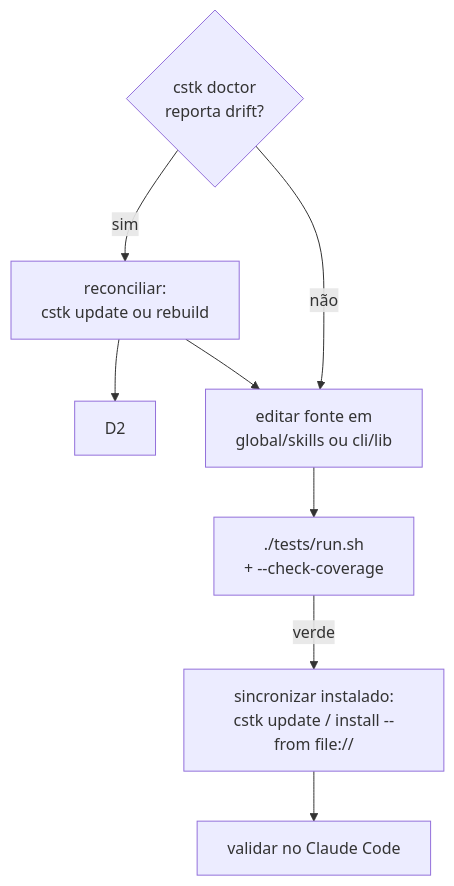
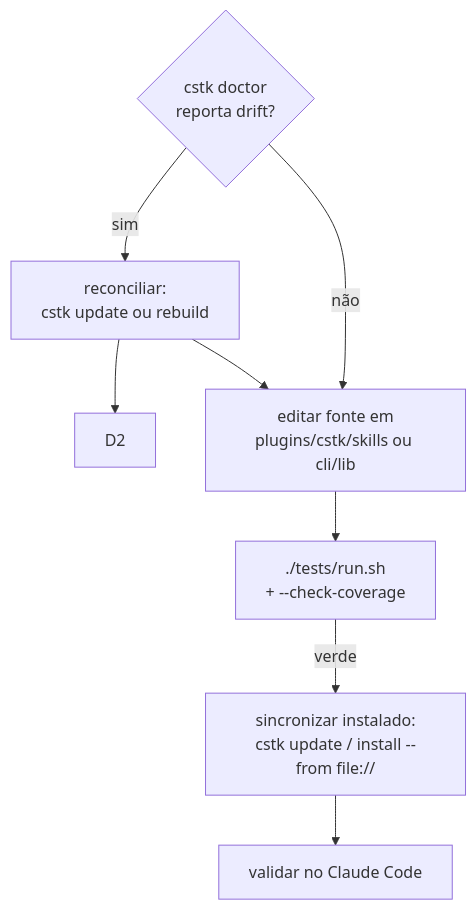
The third of 3 diagrams in CONTRIBUTING.pt-BR.md (JotJunior/cstk), drawn with Mermaid before and after one commit. The commit also changed other lines of this file and 356 other files, not shown here.

````diff
--- a/CONTRIBUTING.pt-BR.md
+++ b/CONTRIBUTING.pt-BR.md
@@ -83,9 +83,9 @@
 ```mermaid
 flowchart TD
     D1{cstk doctor<br/>reporta drift?} -->|sim| R[reconciliar:<br/>cstk update ou rebuild] --> D2
-    D1 -->|não| E[editar fonte em<br/>global/skills ou cli/lib]
+    D1 -->|não| E[editar fonte em<br/>plugins/cstk/skills ou cli/lib]
     R --> E
     E --> T[./tests/run.sh<br/>+ --check-coverage]
     T -->|verde| SYNC[sincronizar instalado:<br/>cstk update / install --from file://]
     SYNC --> V[validar no Claude Code]
 ```
````
